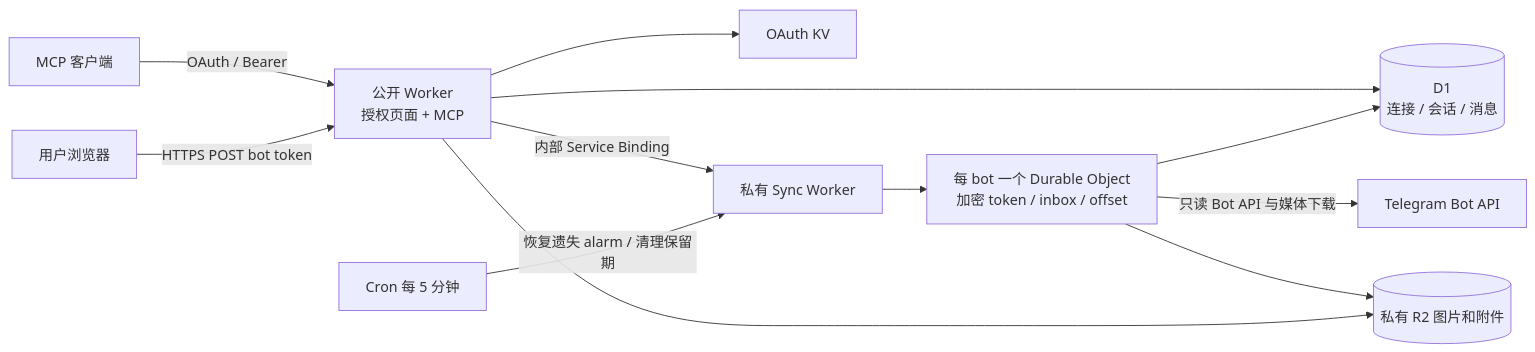
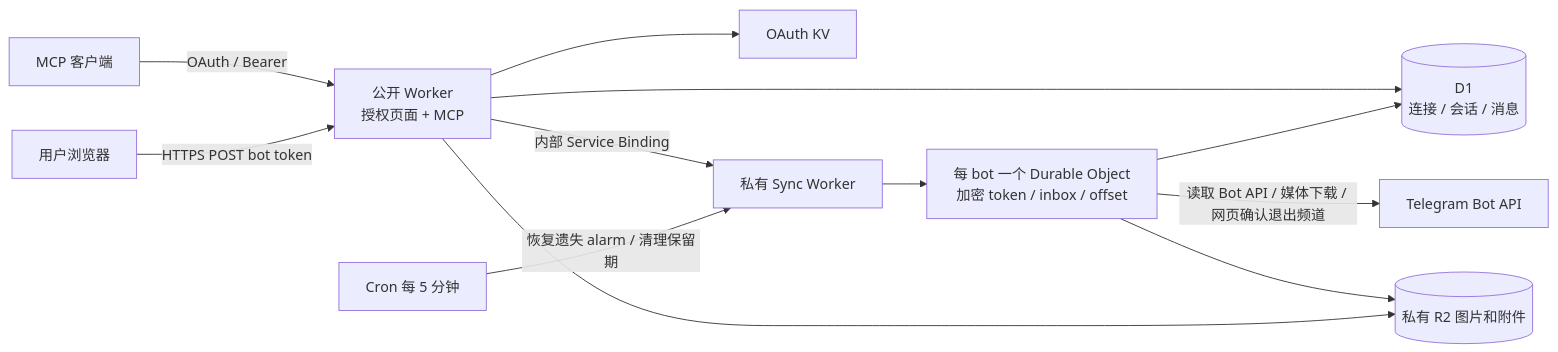
Before and after one commit to alexayan/telegram-mcp: the diagram in README.md, drawn with Mermaid. The commit also changed other lines of this file and 10 other files, not shown here.

````diff
--- a/README.md
+++ b/README.md
@@ -17,14 +18,14 @@
 ```mermaid
 flowchart LR
   Client[MCP 客户端] -->|OAuth / Bearer| Gateway[公开 Worker\n授权页面 + MCP]
   Browser[用户浏览器] -->|HTTPS POST bot token| Gateway
   Gateway --> KV[OAuth KV]
   Gateway --> DB[(D1\n连接 / 会话 / 消息)]
   Gateway -->|内部 Service Binding| Sync[私有 Sync Worker]
   Sync --> Collector[每 bot 一个 Durable Object\n加密 token / inbox / offset]
-  Collector -->|只读 Bot API 与媒体下载| TG[Telegram Bot API]
+  Collector -->|读取 Bot API / 媒体下载 / 网页确认退出频道| TG[Telegram Bot API]
   Collector --> DB
   Collector --> R2[(私有 R2 图片和附件)]
   Gateway --> R2
   Cron[Cron 每 5 分钟] -->|恢复遗失 alarm / 清理保留期| Sync
 ```
````
